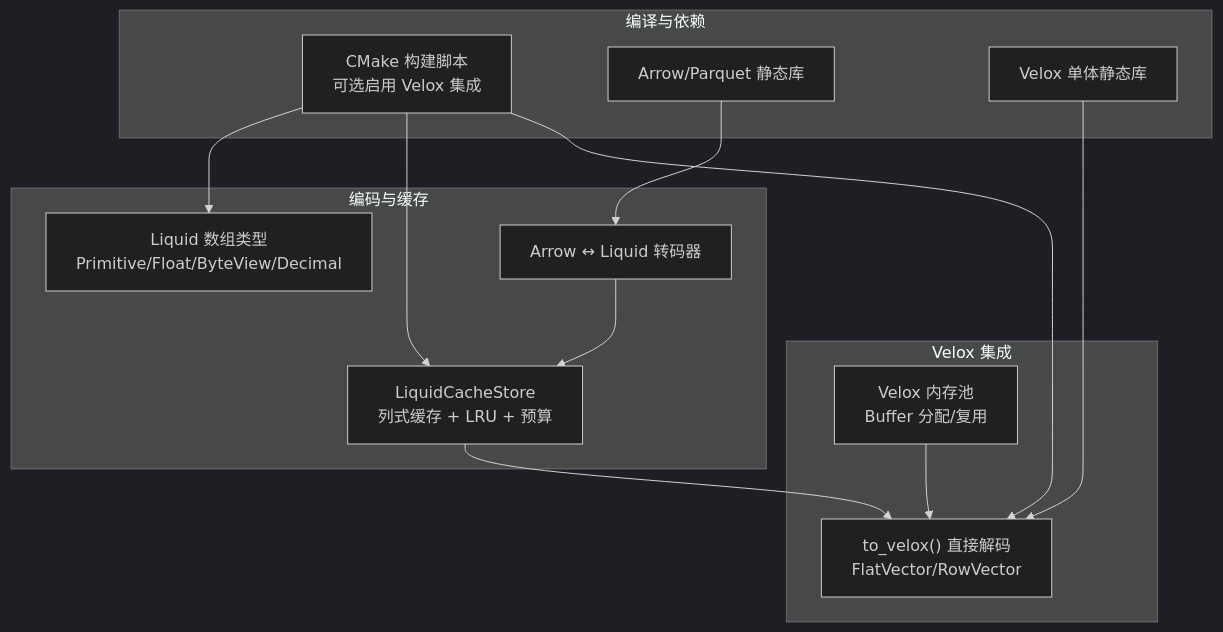
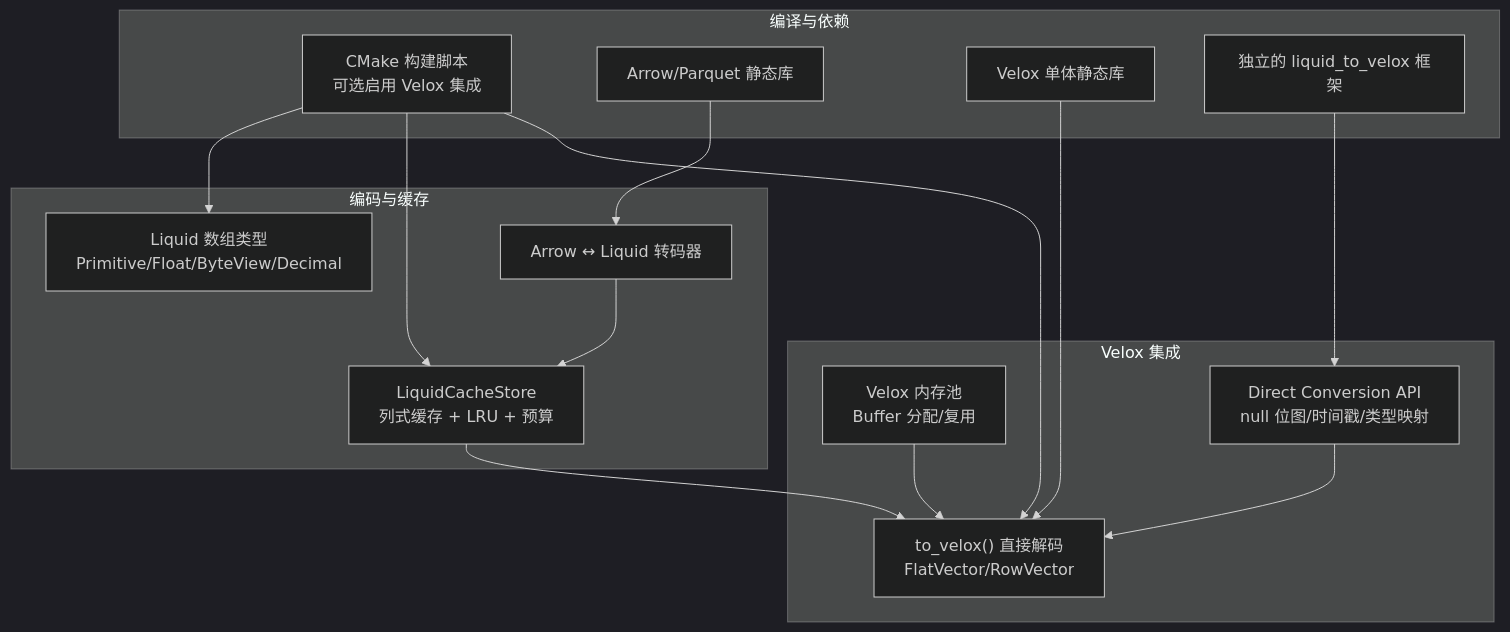
One commit to tenglei/liquidCacheVelox changed the first of 9 diagrams in .qoder/repowiki/zh/content/引擎集成/Velox 集成.md. Above: the diagram before and after it, drawn with Mermaid (dark theme). The commit also changed other lines of this file and 8 other files, not shown here.

````diff
--- a/.qoder/repowiki/zh/content/引擎集成/Velox 集成.md
+++ b/.qoder/repowiki/zh/content/引擎集成/Velox 集成.md
@@ -47,25 +50,29 @@
 ```mermaid
 graph TB
 subgraph "编译与依赖"
 CMake["CMake 构建脚本<br/>可选启用 Velox 集成"]
 Arrow["Arrow/Parquet 静态库"]
 Velox["Velox 单体静态库"]
+EndVelox["独立的 liquid_to_velox 框架"]
 end
 subgraph "编码与缓存"
 Arrays["Liquid 数组类型<br/>Primitive/Float/ByteView/Decimal"]
 Store["LiquidCacheStore<br/>列式缓存 + LRU + 预算"]
 Transcoder["Arrow ↔ Liquid 转码器"]
 end
 subgraph "Velox 集成"
 ToVelox["to_velox() 直接解码<br/>FlatVector/RowVector"]
 MemMgr["Velox 内存池<br/>Buffer 分配/复用"]
+API["Direct Conversion API<br/>null 位图/时间戳/类型映射"]
 end
 CMake --> Arrays
 CMake --> Store
 CMake --> ToVelox
 Arrow --> Transcoder
 Transcoder --> Store
 Store --> ToVelox
 Velox --> ToVelox
 MemMgr --> ToVelox
+EndVelox --> API
+API --> ToVelox
 ```
````
